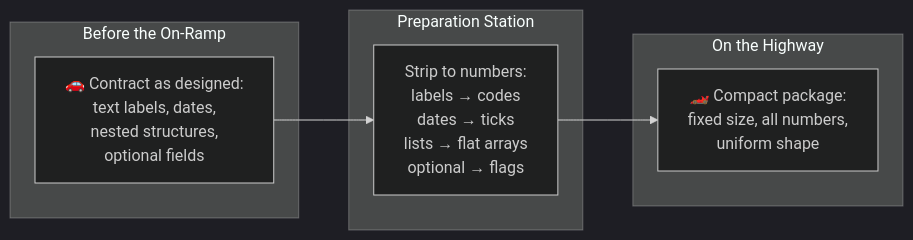
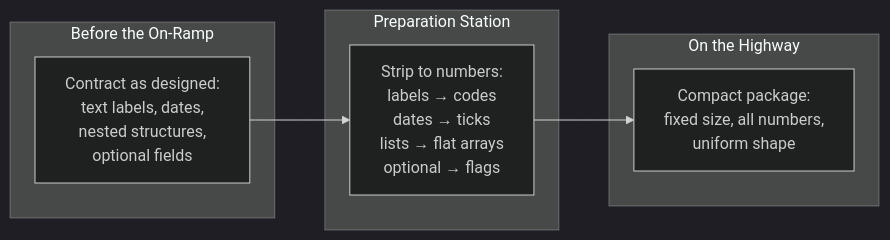
The first of 4 diagrams in docs/hackathon/decisions.md (FransVanEk/Actus-Insurance.Documentation), drawn with Mermaid (dark theme) before and after one commit. The commit also changed 5 other files, not shown here.

Commit message:
Enhance Mermaid diagram styling and integrate global class definitions for consistent theming across diagrams

````diff
--- a/docs/hackathon/decisions.md
+++ b/docs/hackathon/decisions.md
@@ -34,16 +34,16 @@
 ```mermaid
 graph LR
     subgraph "Before the On-Ramp"
-        NATURAL["🚗 Contract as designed:<br/>text labels, dates,<br/>nested structures,<br/>optional fields"]
+        NATURAL["Contract as designed:<br/>text labels, dates,<br/>nested structures,<br/>optional fields"]
     end
 
     subgraph "Preparation Station"
         STRIP["Strip to numbers:<br/>labels → codes<br/>dates → ticks<br/>lists → flat arrays<br/>optional → flags"]
     end
 
     subgraph "On the Highway"
-        COMPACT["🏎️ Compact package:<br/>fixed size, all numbers,<br/>uniform shape"]
+        COMPACT["Compact package:<br/>fixed size, all numbers,<br/>uniform shape"]
     end
 
     NATURAL --> STRIP --> COMPACT
 ```
````
